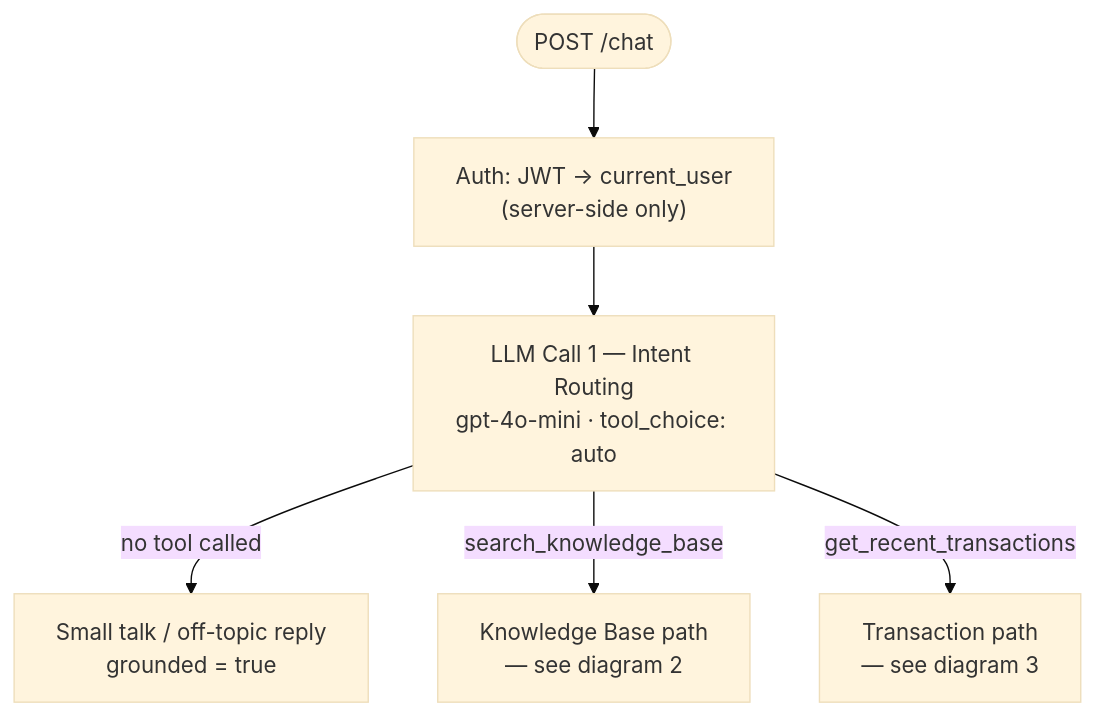
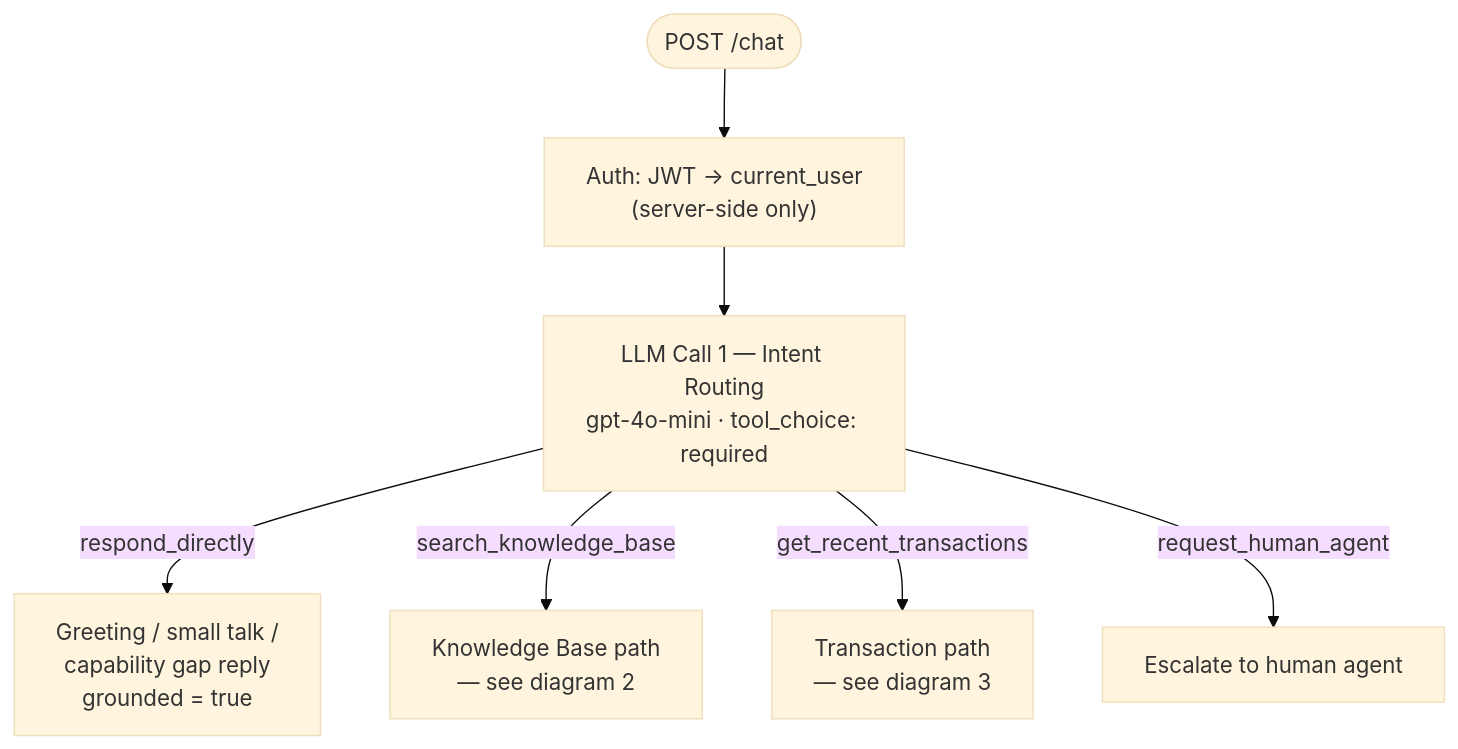
One commit to esakkiraja100116/ai-support-assistant changed the first of 4 diagrams in docs/chat-tool-calling-flow.md. Above: the diagram before and after it, drawn with Mermaid (base theme). The commit also changed other lines of this file and 27 other files, not shown here.

````diff
--- a/docs/chat-tool-calling-flow.md
+++ b/docs/chat-tool-calling-flow.md
@@ -25,8 +27,9 @@
 ```mermaid
 flowchart TD
     A(["POST /chat"]) --> B["Auth: JWT -> current_user<br/>(server-side only)"]
-    B --> C["LLM Call 1 — Intent Routing<br/>gpt-4o-mini · tool_choice: auto"]
-    C -->|no tool called| D["Small talk / off-topic reply<br/>grounded = true"]
+    B --> C["LLM Call 1 — Intent Routing<br/>gpt-4o-mini · tool_choice: required"]
+    C -->|respond_directly| D["Greeting / small talk /<br/>capability gap reply<br/>grounded = true"]
     C -->|search_knowledge_base| E["Knowledge Base path<br/>— see diagram 2"]
     C -->|get_recent_transactions| F["Transaction path<br/>— see diagram 3"]
+    C -->|request_human_agent| G["Escalate to human agent"]
 ```
````
